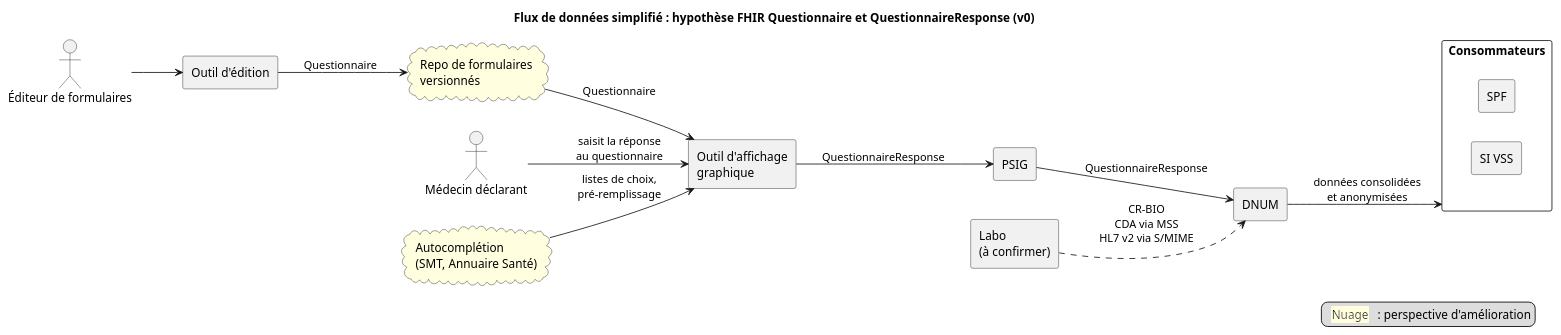
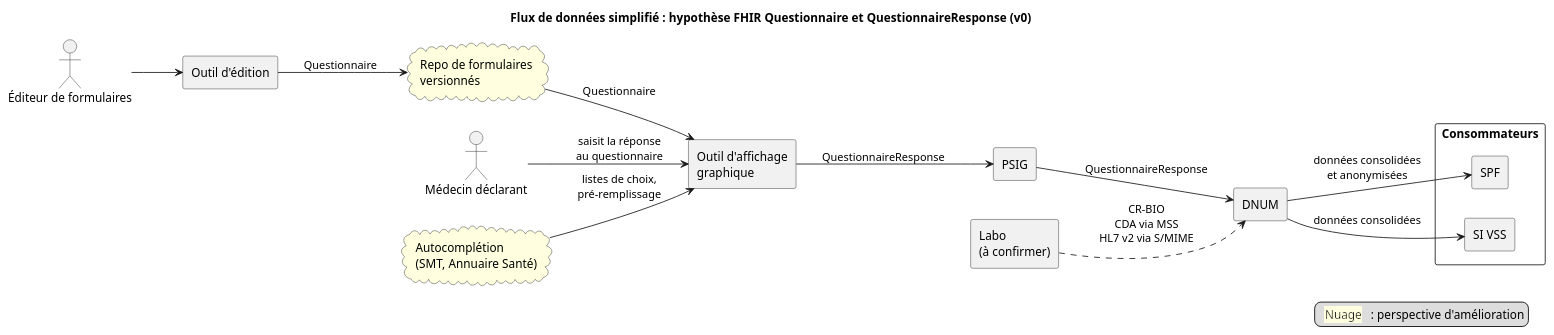
One commit to nriss/ig-test-dmso changed the diagram in input/images-source/architecture-flux-donnees-simplifie.plantuml. Above: the diagram before and after it, drawn with PlantUML.

Commit message:
Distingue les flux DNUM vers SI VSS et SPF dans le schéma d'architecture

```diff
--- a/input/images-source/architecture-flux-donnees-simplifie.plantuml
+++ b/input/images-source/architecture-flux-donnees-simplifie.plantuml
@@ -1,35 +1,36 @@
 @startuml
 ' Version 0 - à améliorer
 title Flux de données simplifié : hypothèse FHIR Questionnaire et QuestionnaireResponse (v0)
 
 left to right direction
 
 actor "Éditeur de formulaires" as ED
 actor "Médecin déclarant" as PS
 
 rectangle "Outil d'édition" as FD
 cloud "Repo de formulaires\nversionnés" as FM #LightYellow
 rectangle "Outil d'affichage\ngraphique" as FF
 cloud "Autocomplétion\n(SMT, Annuaire Santé)" as AC #LightYellow
 rectangle "PSIG" as PSIG
 rectangle "DNUM" as DNUM
 rectangle "Labo\n(à confirmer)" as DMP
 rectangle "Consommateurs" as DEST {
   rectangle "SPF" as SPF
   rectangle "SI VSS" as VSS
 }
 
 ED --> FD
 FD --> FM : Questionnaire
 FM --> FF : Questionnaire
 AC --> FF : listes de choix,\npré-remplissage
 PS --> FF : saisit la réponse\nau questionnaire
 FF --> PSIG : QuestionnaireResponse
 PSIG --> DNUM : QuestionnaireResponse
 DMP ..> DNUM : CR-BIO\nCDA via MSS\nHL7 v2 via S/MIME
-DNUM --> DEST : données consolidées\net anonymisées
+DNUM --> VSS : données consolidées
+DNUM --> SPF : données consolidées\net anonymisées
 
 legend right
   <back:LightYellow>  Nuage  </back> : perspective d'amélioration
 endlegend
 @enduml
```
